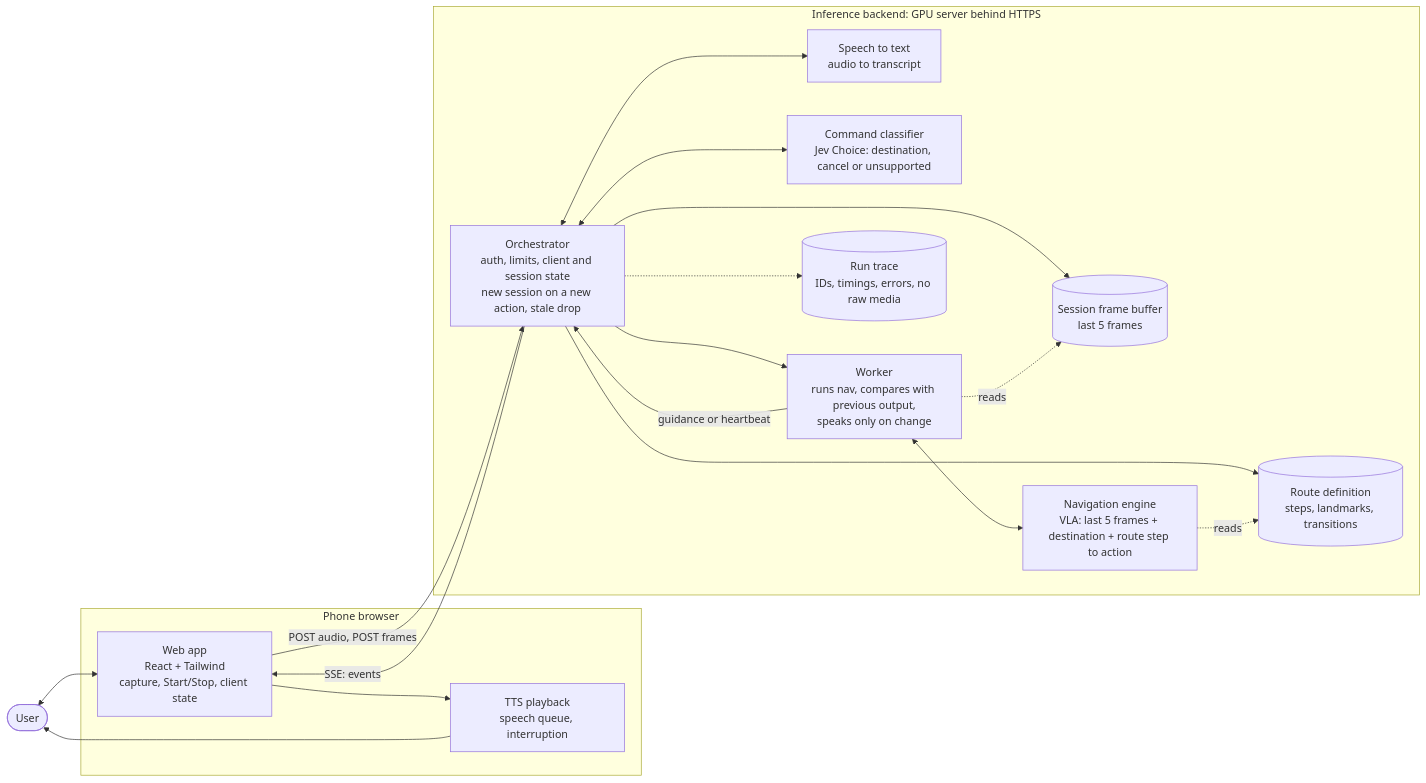
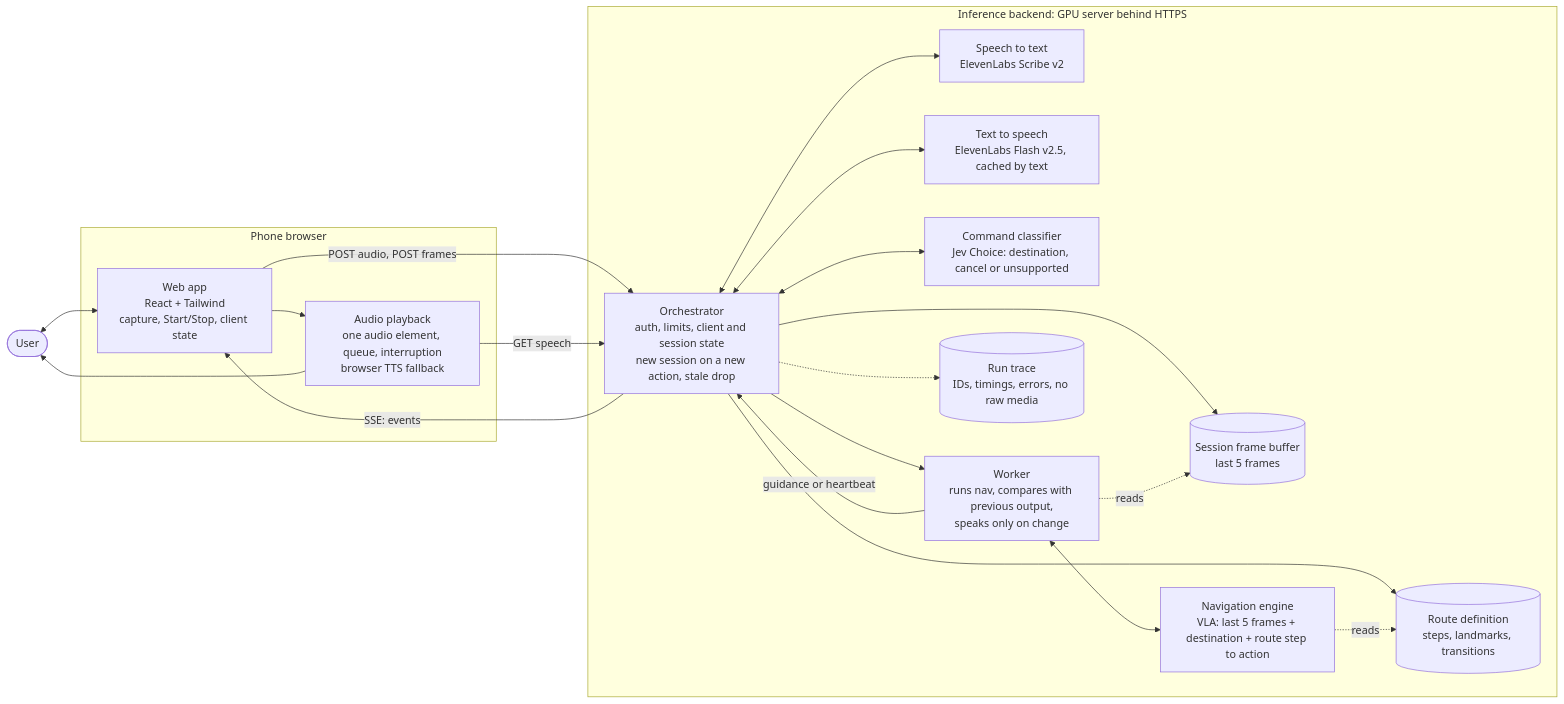
One commit to tungsten-united/project-description changed the second of 3 diagrams in docs/architecture.md. Above: the diagram before and after it, drawn with Mermaid. The commit also changed other lines of this file and 1 other file, not shown here.

First line of the commit message:
Architecture and deployment: ElevenLabs speech path

````diff
--- a/docs/architecture.md
+++ b/docs/architecture.md
@@ -26,37 +26,40 @@
 ```mermaid
 flowchart LR
   user(["User"])
 
   subgraph phone["Phone browser"]
     app["Web app<br/>React + Tailwind<br/>capture, Start/Stop, client state"]
-    tts["TTS playback<br/>speech queue, interruption"]
+    tts["Audio playback<br/>one audio element, queue, interruption<br/>browser TTS fallback"]
   end
 
   subgraph backend["Inference backend: GPU server behind HTTPS"]
     orch["Orchestrator<br/>auth, limits, client and session state<br/>new session on a new action, stale drop"]
-    stt["Speech to text<br/>audio to transcript"]
+    stt["Speech to text<br/>ElevenLabs Scribe v2"]
+    ttsapi["Text to speech<br/>ElevenLabs Flash v2.5, cached by text"]
     cmd["Command classifier<br/>Jev Choice: destination, cancel or unsupported"]
     buf[("Session frame buffer<br/>last 5 frames")]
     wrk["Worker<br/>runs nav, compares with previous output,<br/>speaks only on change"]
     nav["Navigation engine<br/>VLA: last 5 frames + destination + route step to action"]
     route[("Route definition<br/>steps, landmarks, transitions")]
     trace[("Run trace<br/>IDs, timings, errors, no raw media")]
   end
 
   user <--> app
   app -->|"POST audio, POST frames"| orch
   orch -->|"SSE: events"| app
   app --> tts
+  tts -->|"GET speech"| orch
   tts --> user
 
   orch <--> stt
+  orch <--> ttsapi
   orch <--> cmd
   orch --> buf
   orch --> wrk
   wrk -.->|"reads"| buf
   wrk <--> nav
   wrk -->|"guidance or heartbeat"| orch
   orch --> route
   nav -.->|"reads"| route
   orch -.-> trace
 ```
````
